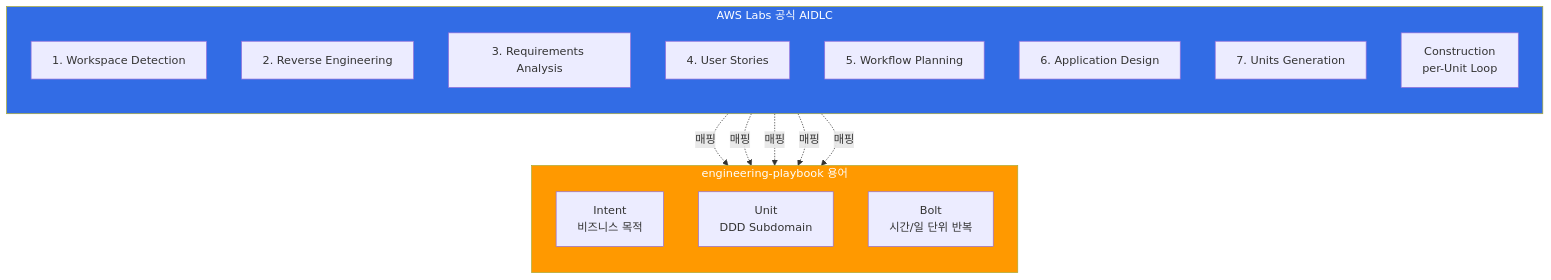
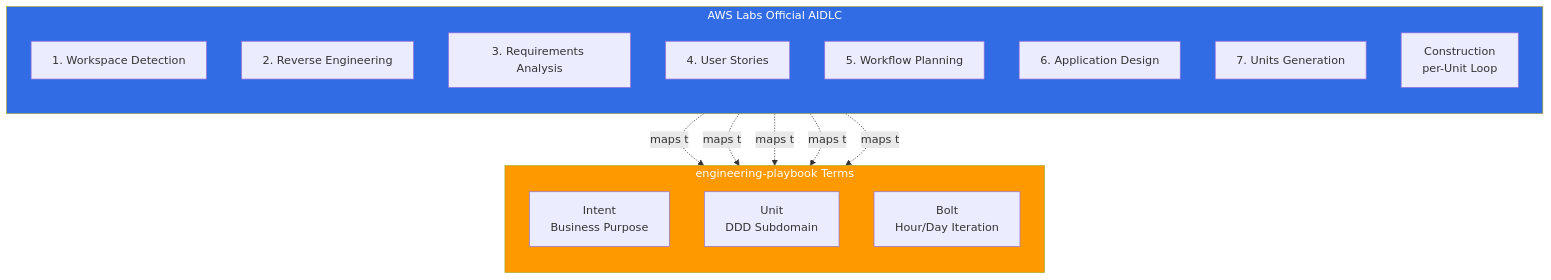
One commit to devfloor9/engineering-playbook changed the ninth of 9 diagrams in docs/aidlc/methodology/adaptive-execution.md. Above: the diagram before and after it, drawn with Mermaid. The commit also changed other lines of this file and 954 other files, not shown here.

````diff
--- a/docs/aidlc/methodology/adaptive-execution.md
+++ b/docs/aidlc/methodology/adaptive-execution.md
@@ -411,30 +411,30 @@
 ```mermaid
 flowchart TB
-    subgraph Official["AWS Labs 공식 AIDLC"]
+    subgraph Official["AWS Labs Official AIDLC"]
         direction TB
         I1[1. Workspace Detection]
         I2[2. Reverse Engineering]
         I3[3. Requirements Analysis]
         I4[4. User Stories]
         I5[5. Workflow Planning]
         I6[6. Application Design]
         I7[7. Units Generation]
         C[Construction<br/>per-Unit Loop]
     end
 
-    subgraph Playbook["engineering-playbook 용어"]
+    subgraph Playbook["engineering-playbook Terms"]
         direction TB
-        INTENT[Intent<br/>비즈니스 목적]
+        INTENT[Intent<br/>Business Purpose]
         UNIT[Unit<br/>DDD Subdomain]
-        BOLT[Bolt<br/>시간/일 단위 반복]
+        BOLT[Bolt<br/>Hour/Day Iteration]
     end
 
-    I1 -.매핑.-> INTENT
-    I2 -.매핑.-> INTENT
-    I3 -.매핑.-> INTENT
-    I7 -.매핑.-> UNIT
-    C -.매핑.-> BOLT
+    I1 -.maps to.-> INTENT
+    I2 -.maps to.-> INTENT
+    I3 -.maps to.-> INTENT
+    I7 -.maps to.-> UNIT
+    C -.maps to.-> BOLT
 
     style Official fill:#326ce5,color:#fff
     style Playbook fill:#ff9900,color:#fff
 ```
````
